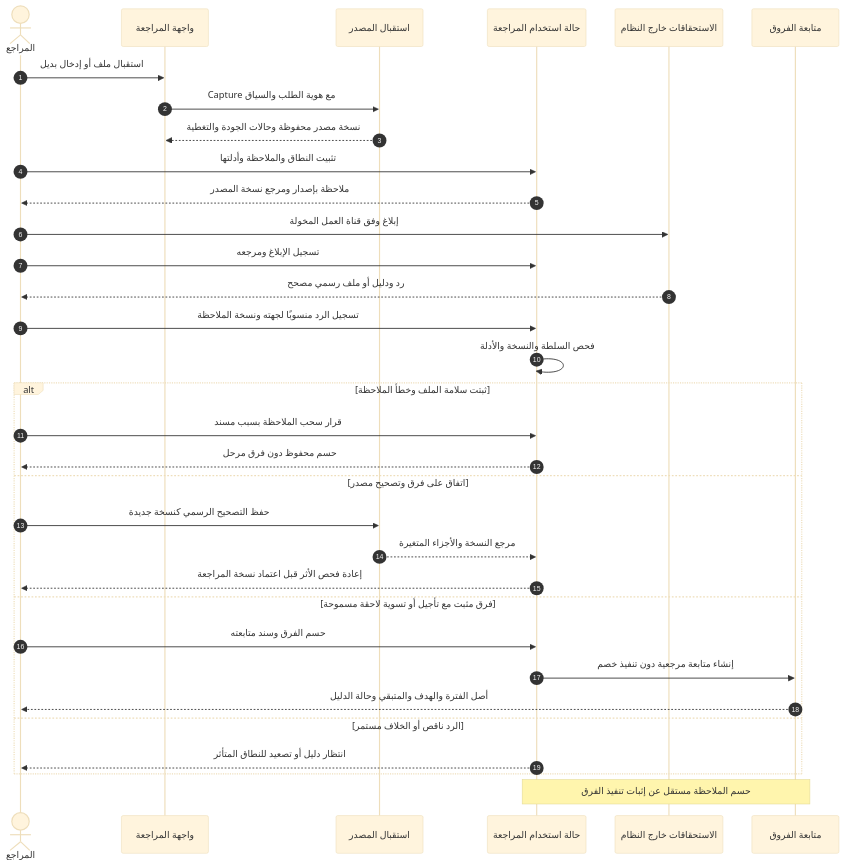
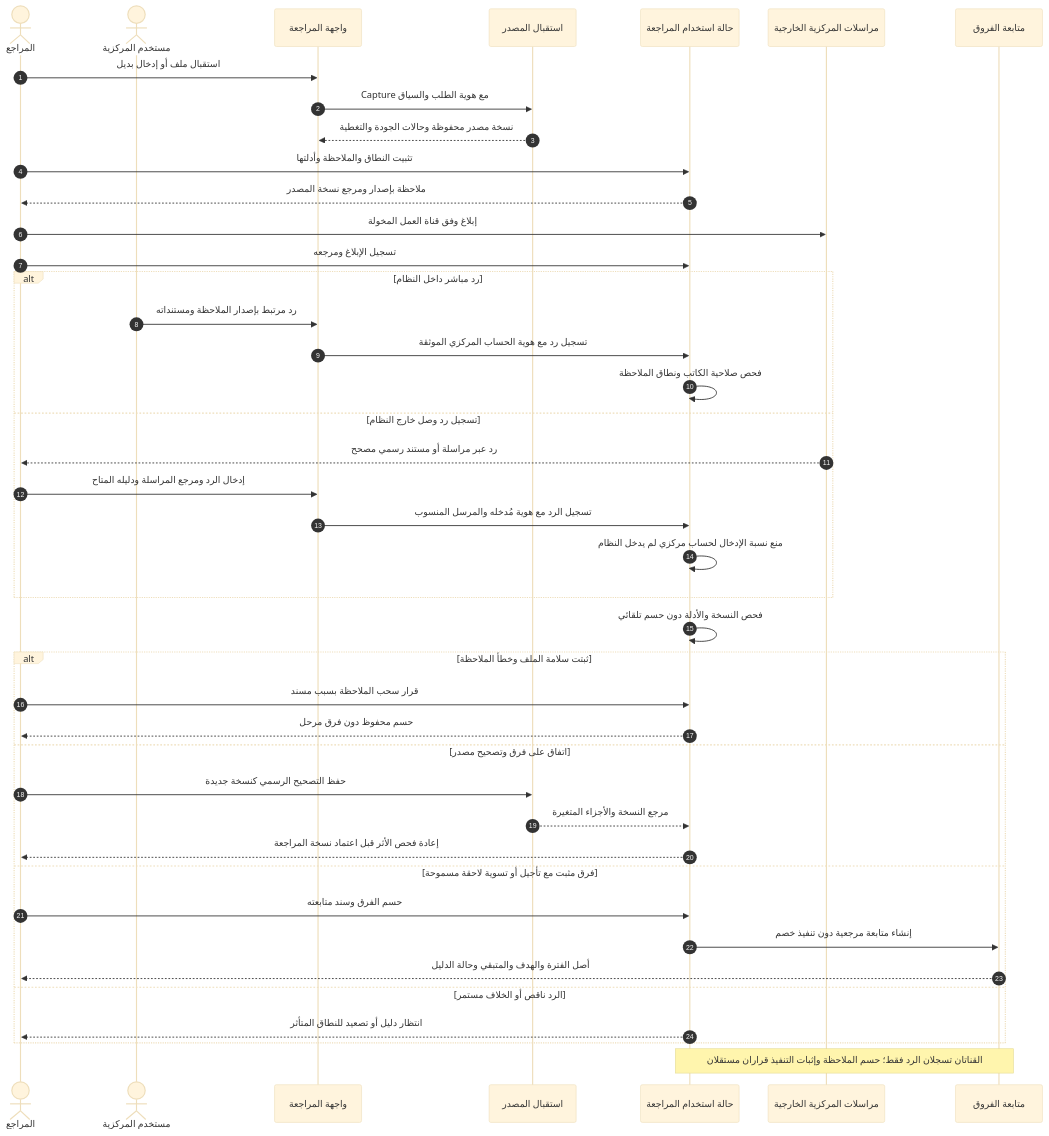
One commit to AlexandriaDeveloper/PayrollReviewSystem changed the second of 5 diagrams in docs/planning/UML-AR.md. Above: the diagram before and after it, drawn with Mermaid (base theme). The commit also changed other lines of this file, not shown here.

Commit message:
docs: record D-030 dual-channel central replies (issue #39)

````diff
--- a/docs/planning/UML-AR.md
+++ b/docs/planning/UML-AR.md
@@ -131,35 +135,44 @@
 ```mermaid
 sequenceDiagram
   autonumber
   actor Reviewer as المراجع
+  actor CentralUser as مستخدم المركزية
   participant UI as واجهة المراجعة
   participant Intake as استقبال المصدر
   participant Audit as حالة استخدام المراجعة
-  participant Central as الاستحقاقات خارج النظام
+  participant Central as مراسلات المركزية الخارجية
   participant Follow as متابعة الفروق
   Reviewer->>UI: استقبال ملف أو إدخال بديل
   UI->>Intake: Capture مع هوية الطلب والسياق
   Intake-->>UI: نسخة مصدر محفوظة وحالات الجودة والتغطية
   Reviewer->>Audit: تثبيت النطاق والملاحظة وأدلتها
   Audit-->>Reviewer: ملاحظة بإصدار ومرجع نسخة المصدر
   Reviewer->>Central: إبلاغ وفق قناة العمل المخولة
   Reviewer->>Audit: تسجيل الإبلاغ ومرجعه
-  Central-->>Reviewer: رد ودليل أو ملف رسمي مصحح
-  Reviewer->>Audit: تسجيل الرد منسوبًا لجهته ونسخة الملاحظة
-  Audit->>Audit: فحص السلطة والنسخة والأدلة
+  alt رد مباشر داخل النظام
+    CentralUser->>UI: رد مرتبط بإصدار الملاحظة ومستنداته
+    UI->>Audit: تسجيل رد مع هوية الحساب المركزي الموثقة
+    Audit->>Audit: فحص صلاحية الكاتب ونطاق الملاحظة
+  else تسجيل رد وصل خارج النظام
+    Central-->>Reviewer: رد عبر مراسلة أو مستند رسمي مصحح
+    Reviewer->>UI: إدخال الرد ومرجع المراسلة ودليله المتاح
+    UI->>Audit: تسجيل الرد مع هوية مُدخله والمرسل المنسوب
+    Audit->>Audit: منع نسبة الإدخال لحساب مركزي لم يدخل النظام
+  end
+  Audit->>Audit: فحص النسخة والأدلة دون حسم تلقائي
   alt ثبتت سلامة الملف وخطأ الملاحظة
     Reviewer->>Audit: قرار سحب الملاحظة بسبب مسند
     Audit-->>Reviewer: حسم محفوظ دون فرق مرحل
   else اتفاق على فرق وتصحيح مصدر
     Reviewer->>Intake: حفظ التصحيح الرسمي كنسخة جديدة
     Intake-->>Audit: مرجع النسخة والأجزاء المتغيرة
     Audit-->>Reviewer: إعادة فحص الأثر قبل اعتماد نسخة المراجعة
   else فرق مثبت مع تأجيل أو تسوية لاحقة مسموحة
     Reviewer->>Audit: حسم الفرق وسند متابعته
     Audit->>Follow: إنشاء متابعة مرجعية دون تنفيذ خصم
     Follow-->>Reviewer: أصل الفترة والهدف والمتبقي وحالة الدليل
   else الرد ناقص أو الخلاف مستمر
     Audit-->>Reviewer: انتظار دليل أو تصعيد للنطاق المتأثر
   end
-  Note over Audit,Follow: حسم الملاحظة مستقل عن إثبات تنفيذ الفرق
+  Note over Audit,Follow: القناتان تسجلان الرد فقط؛ حسم الملاحظة وإثبات التنفيذ قراران مستقلان
 ```
````
